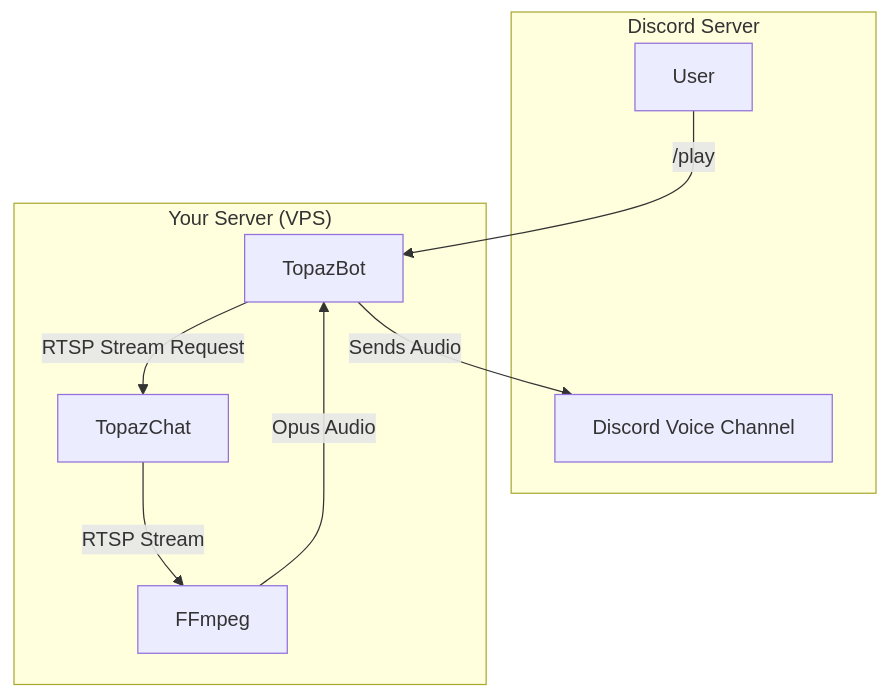
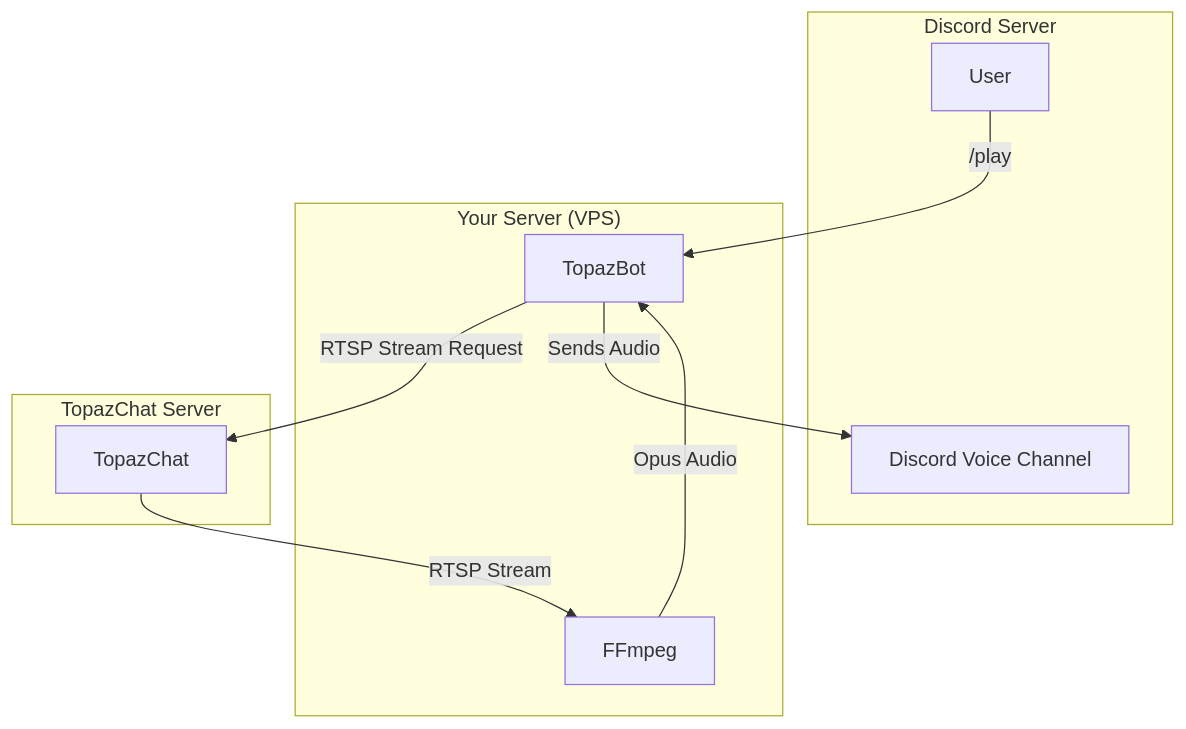
Before and after one commit to emerauda/TopazBot: the diagram in README.md, drawn with Mermaid. The commit also changed 1 other file, not shown here.

Commit message:
fix: update diagram in README to include TopazChat server

````diff
--- a/README.md
+++ b/README.md
@@ -176,19 +176,22 @@
 ```mermaid
 graph TD
     subgraph "Discord Server"
         User
         DiscordVoiceChannel[Discord Voice Channel]
     end
 
     subgraph "Your Server (VPS)"
         TopazBot
+        FFmpeg
+    end
+
+    subgraph "TopazChat Server"
         TopazChat
-        FFmpeg
     end
 
     User -- "/play" --> TopazBot
     TopazBot -- "RTSP Stream Request" --> TopazChat
     TopazChat -- "RTSP Stream" --> FFmpeg
     FFmpeg -- "Opus Audio" --> TopazBot
     TopazBot -- "Sends Audio" --> DiscordVoiceChannel
 ```
````
